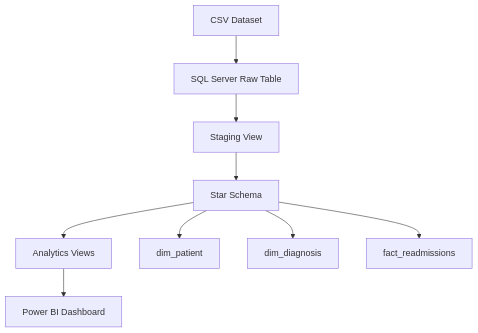
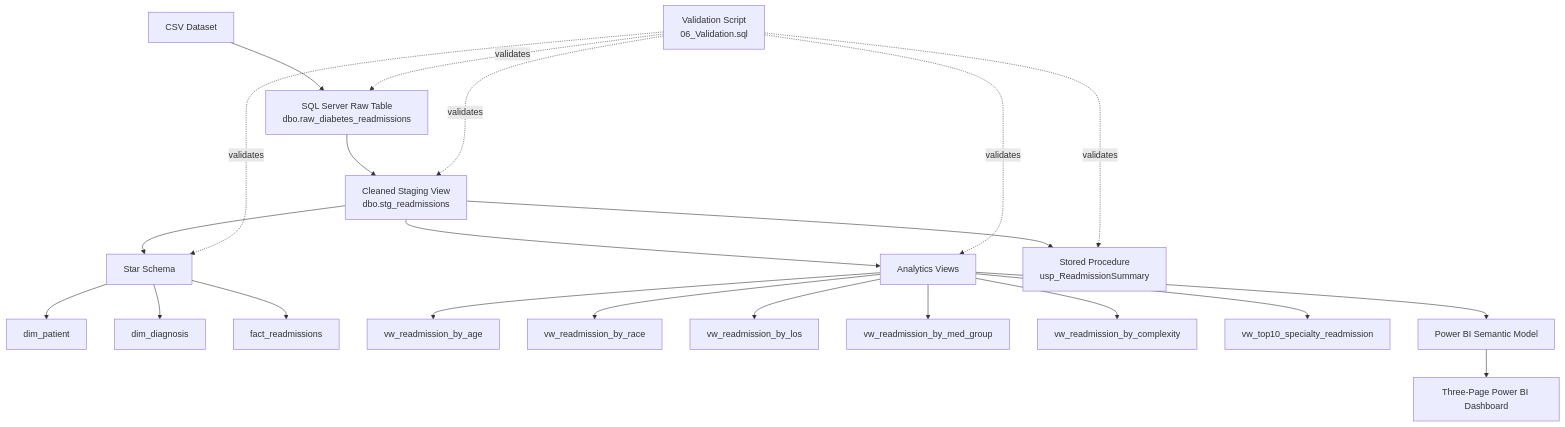
One commit to VladSobur/healthcare-readmissions-analysis changed the diagram in ARCHITECTURE_DIAGRAM.md. Above: the diagram before and after it, drawn with Mermaid. The commit also changed other lines of this file, not shown here.

````diff
--- a/ARCHITECTURE_DIAGRAM.md
+++ b/ARCHITECTURE_DIAGRAM.md
@@ -3,12 +3,31 @@
 ```mermaid
 flowchart TD
-    A[CSV Dataset] --> B[SQL Server Raw Table]
-    B --> C[Staging View]
+
+    A[CSV Dataset] --> B[SQL Server Raw Table<br/>dbo.raw_diabetes_readmissions]
+
+    B --> C[Cleaned Staging View<br/>dbo.stg_readmissions]
+
     C --> D[Star Schema]
-    D --> E[Analytics Views]
-    E --> F[Power BI Dashboard]
-
     D --> D1[dim_patient]
     D --> D2[dim_diagnosis]
     D --> D3[fact_readmissions]
+
+    C --> E[Analytics Views]
+    E --> E1[vw_readmission_by_age]
+    E --> E2[vw_readmission_by_race]
+    E --> E3[vw_readmission_by_los]
+    E --> E4[vw_readmission_by_med_group]
+    E --> E5[vw_readmission_by_complexity]
+    E --> E6[vw_top10_specialty_readmission]
+
+    E --> F[Power BI Semantic Model]
+    F --> G[Three-Page Power BI Dashboard]
+
+    C --> H[Stored Procedure<br/>usp_ReadmissionSummary]
+
+    I[Validation Script<br/>06_Validation.sql] -. validates .-> B
+    I -. validates .-> C
+    I -. validates .-> D
+    I -. validates .-> E
+    I -. validates .-> H
 ```
````
